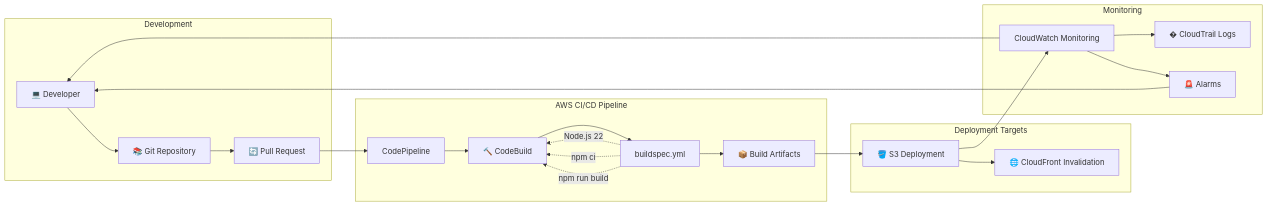
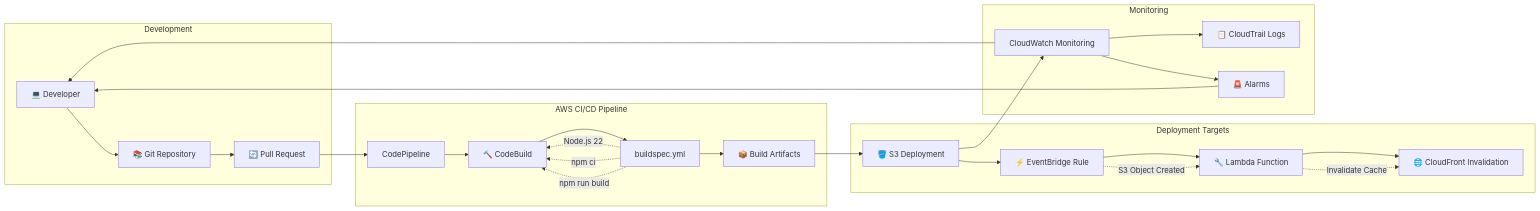
Before and after one commit to SanjeevGO123/drive-clone: the second of 2 diagrams in README.md, drawn with Mermaid.

````diff
--- a/README.md
+++ b/README.md
@@ -125,49 +125,57 @@
 ```mermaid
 graph LR
     subgraph "Development"
         Dev[💻 Developer]
         Git[📚 Git Repository]
         PR[🔄 Pull Request]
     end
     
     subgraph "AWS CI/CD Pipeline"
         CP[CodePipeline]
         CB[🔨 CodeBuild]
         BuildSpec[buildspec.yml]
         Artifacts[📦 Build Artifacts]
     end
     
     subgraph "Deployment Targets"
         S3Deploy[🪣 S3 Deployment]
+        EB[⚡ EventBridge Rule]
+        Lambda[🔧 Lambda Function]
         CFInvalidate[🌐 CloudFront Invalidation]
     end
     
     subgraph "Monitoring"
         Monitor[CloudWatch Monitoring]
-        Logs[� CloudTrail Logs]
+        Logs[📋 CloudTrail Logs]
         Alerts[🚨 Alarms]
     end
     
     Dev --> Git
     Git --> PR
     PR --> CP
     CP --> CB
     CB --> BuildSpec
     BuildSpec --> Artifacts
     
     Artifacts --> S3Deploy
-    S3Deploy --> CFInvalidate
+    S3Deploy --> EB
+    EB --> Lambda
+    Lambda --> CFInvalidate
     
     S3Deploy --> Monitor
     Monitor --> Logs
     Monitor --> Alerts
     
     %% Feedback loops
     Alerts --> Dev
     Monitor --> Dev
     
     %% Build Process Details
     BuildSpec -.-> |Node.js 22| CB
     BuildSpec -.-> |npm ci| CB
     BuildSpec -.-> |npm run build| CB
+    
+    %% EventBridge Details
+    EB -.-> |S3 Object Created| Lambda
+    Lambda -.-> |Invalidate Cache| CFInvalidate
 ```
````
